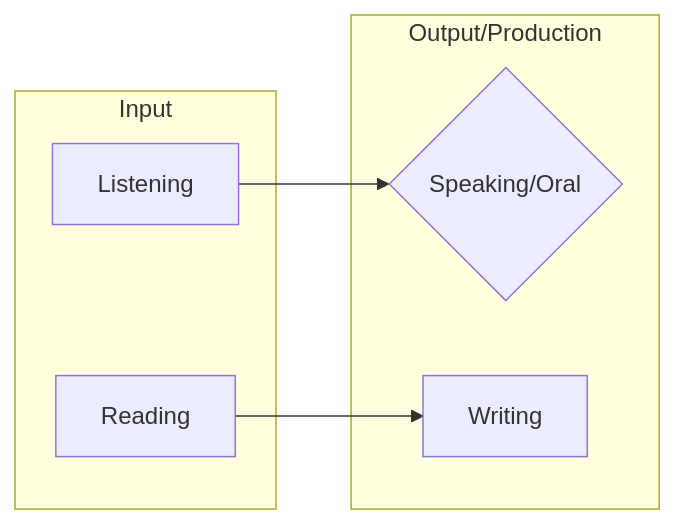
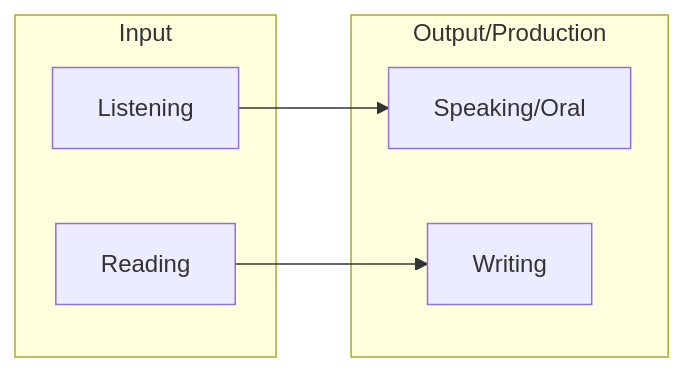
Before and after one commit to brokenkernel/blog: the diagram in content/posts/Second-Language-Acquisition.md, drawn with Mermaid.

Commit message:
[language] fix shape of Speaking/Oral

````diff
--- a/content/posts/Second-Language-Acquisition.md
+++ b/content/posts/Second-Language-Acquisition.md
@@ -89,15 +89,15 @@
 ```mermaid
 flowchart LR;
     subgraph Input
     Listening
     Reading
     end
 
     subgraph "Output/Production"
-    Speaking{"Speaking/Oral"}
+    Speaking["Speaking/Oral"]
     Writing
     end
 
     Listening --> Speaking
     Reading --> Writing
 ```
````
